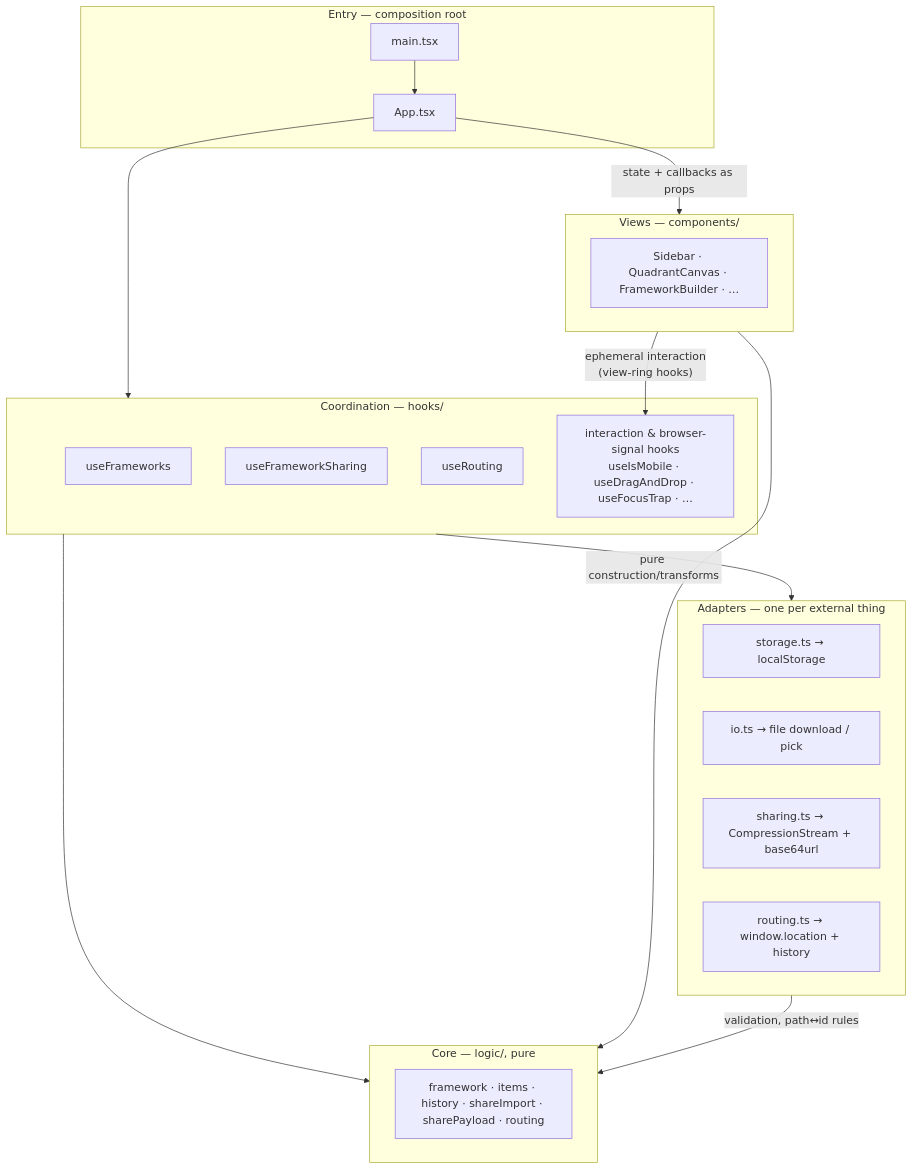
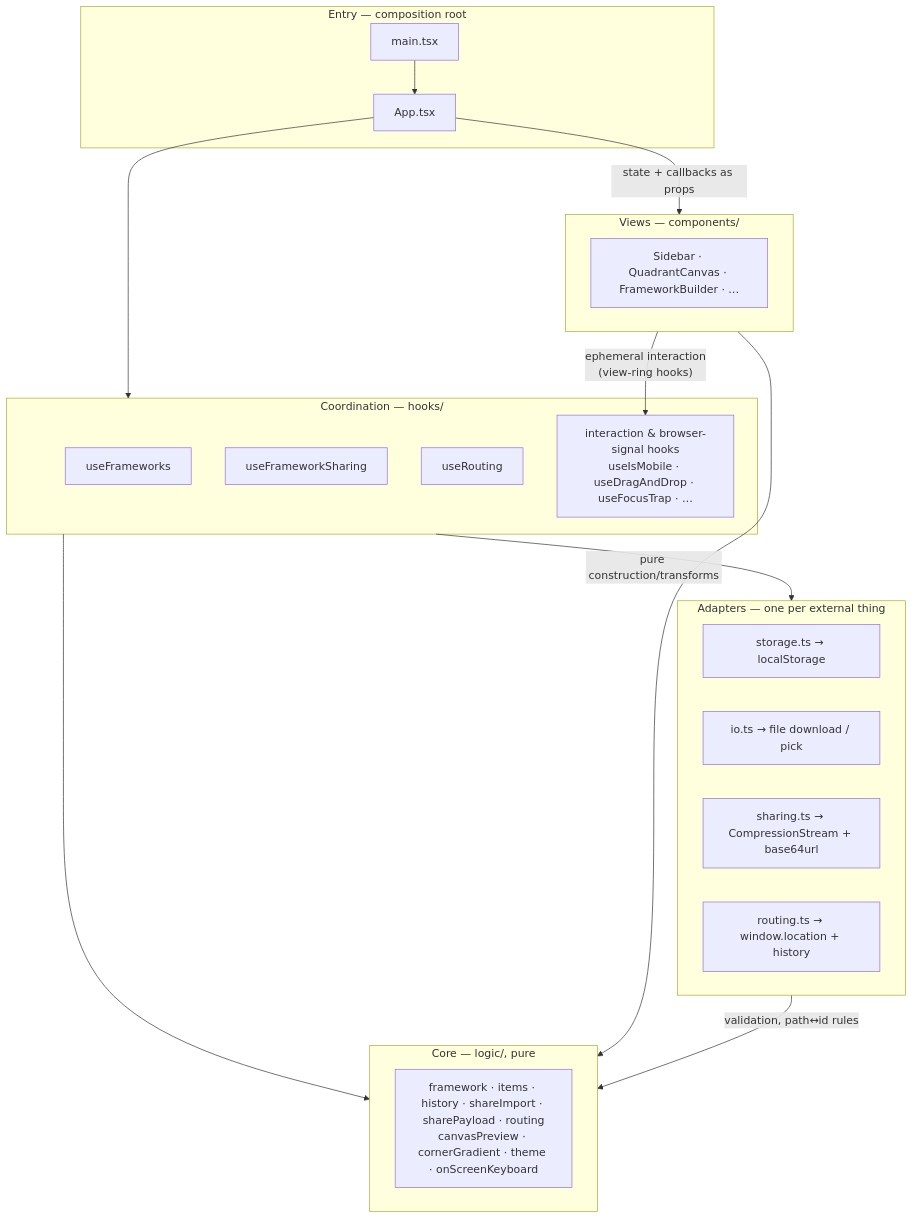
One commit to jonathan-beebe/quadrants changed the second of 3 diagrams in src/architecture.md. Above: the diagram before and after it, drawn with Mermaid. The commit also changed 12 other files, not shown here.

First line of the commit message:
feat: preview each framework's canvas in the document list [FEAT-004]

````diff
--- a/src/architecture.md
+++ b/src/architecture.md
@@ -85,31 +85,31 @@
 ```mermaid
 flowchart TD
   subgraph entry ["Entry — composition root"]
     main["main.tsx"] --> App["App.tsx"]
   end
   subgraph coordination ["Coordination — hooks/"]
     useFrameworks["useFrameworks"]
     useFrameworkSharing["useFrameworkSharing"]
     useRouting["useRouting"]
     interaction["interaction & browser-signal hooks<br/>useIsMobile · useDragAndDrop · useFocusTrap · …"]
   end
   subgraph views ["Views — components/"]
     components["Sidebar · QuadrantCanvas · FrameworkBuilder · …"]
   end
   subgraph adapters ["Adapters — one per external thing"]
     storage["storage.ts → localStorage"]
     io["io.ts → file download / pick"]
     sharing["sharing.ts → CompressionStream + base64url"]
     routing["routing.ts → window.location + history"]
   end
   subgraph core ["Core — logic/, pure"]
-    logic["framework · items · history · shareImport · sharePayload · routing"]
+    logic["framework · items · history · shareImport · sharePayload · routing<br/>canvasPreview · cornerGradient · theme · onScreenKeyboard"]
   end
   App -- "state + callbacks as props" --> views
   App --> coordination
   coordination --> adapters
   coordination --> core
   views -- "ephemeral interaction<br/>(view-ring hooks)" --> interaction
   views -- "pure construction/transforms" --> core
   adapters -- "validation, path↔id rules" --> core
 ```
````
